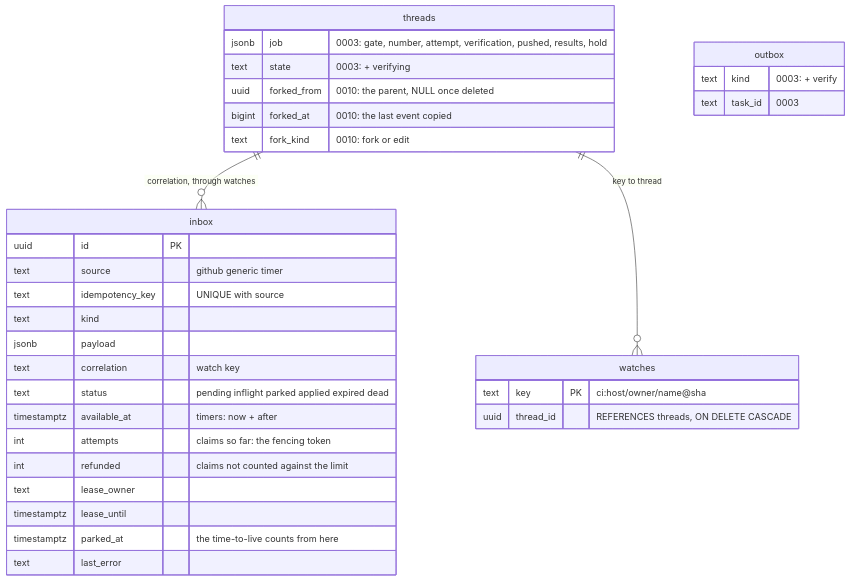
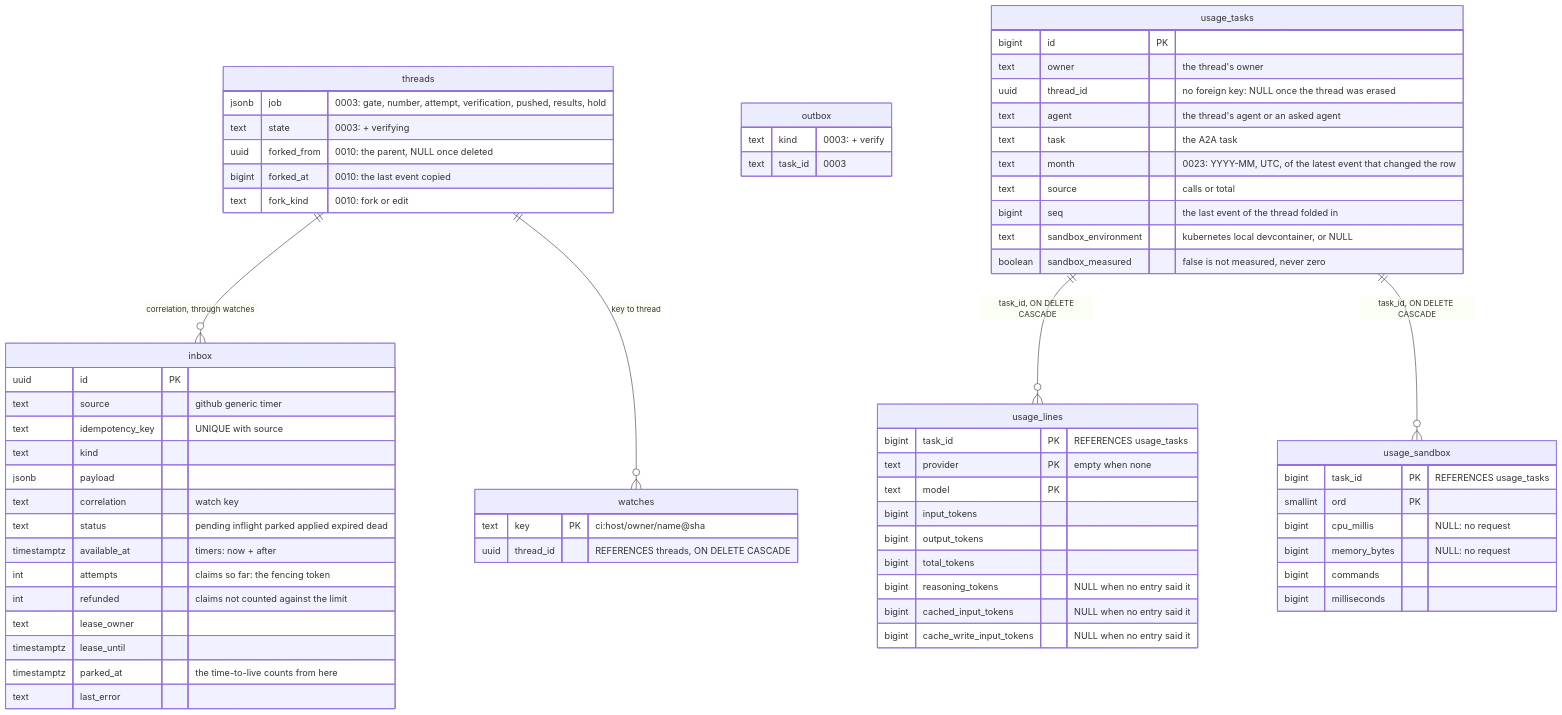
Before and after one commit to vymalo/another-agentic-system: diagram 46 of 50 in docs/orchestrator.md, drawn with Mermaid. The commit also changed other lines of this file and 42 other files, not shown here.

First line of the commit message:
feat(usage): a usage ledger per person, written in the commit of the event (ADR 0065, PR 1) (#303)

````diff
--- a/docs/orchestrator.md
+++ b/docs/orchestrator.md
@@ -2447,39 +2457,73 @@
 ```mermaid
 erDiagram
   threads ||--o{ inbox : "correlation, through watches"
   threads ||--o{ watches : "key to thread"
   threads {
     jsonb job "0003: gate, number, attempt, verification, pushed, results, hold"
     text state "0003: + verifying"
     uuid forked_from "0010: the parent, NULL once deleted"
     bigint forked_at "0010: the last event copied"
     text fork_kind "0010: fork or edit"
   }
   %% 0016 adds pinned_at, archived_at, rail_parent and rail_rank to threads (the first erDiagram)
   %% 0017 adds the table thread_purges (thread_id, deleted_at, attempts, lease_owner, lease_until), with no foreign key
+  %% 0023 adds usage_through to threads and the tables usage_tasks, usage_lines and usage_sandbox; usage_tasks.thread_id has no foreign key
   %% 0012 adds no column: job.tools holds the attached servers
   outbox {
     text kind "0003: + verify"
     text task_id "0003"
   }
   inbox {
     uuid id PK
     text source "github generic timer"
     text idempotency_key "UNIQUE with source"
     text kind
     jsonb payload
     text correlation "watch key"
     text status "pending inflight parked applied expired dead"
     timestamptz available_at "timers: now + after"
     int attempts "claims so far: the fencing token"
     int refunded "claims not counted against the limit"
     text lease_owner
     timestamptz lease_until
     timestamptz parked_at "the time-to-live counts from here"
     text last_error
   }
   watches {
     text key PK "ci:host/owner/name@sha"
     uuid thread_id "REFERENCES threads, ON DELETE CASCADE"
   }
+  usage_tasks ||--o{ usage_lines : "task_id, ON DELETE CASCADE"
+  usage_tasks ||--o{ usage_sandbox : "task_id, ON DELETE CASCADE"
+  usage_tasks {
+    bigint id PK
+    text owner "the thread's owner"
+    uuid thread_id "no foreign key: NULL once the thread was erased"
+    text agent "the thread's agent or an asked agent"
+    text task "the A2A task"
+    text month "0023: YYYY-MM, UTC, of the latest event that changed the row"
+    text source "calls or total"
+    bigint seq "the last event of the thread folded in"
+    text sandbox_environment "kubernetes local devcontainer, or NULL"
+    boolean sandbox_measured "false is not measured, never zero"
+  }
+  usage_lines {
+    bigint task_id PK "REFERENCES usage_tasks"
+    text provider PK "empty when none"
+    text model PK
+    bigint input_tokens
+    bigint output_tokens
+    bigint total_tokens
+    bigint reasoning_tokens "NULL when no entry said it"
+    bigint cached_input_tokens "NULL when no entry said it"
+    bigint cache_write_input_tokens "NULL when no entry said it"
+  }
+  usage_sandbox {
+    bigint task_id PK "REFERENCES usage_tasks"
+    smallint ord PK
+    bigint cpu_millis "NULL: no request"
+    bigint memory_bytes "NULL: no request"
+    bigint commands
+    bigint milliseconds
+  }
 ```
````
